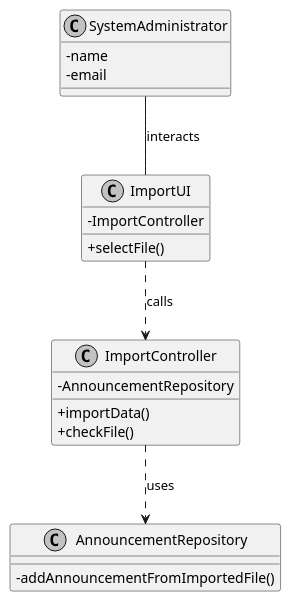
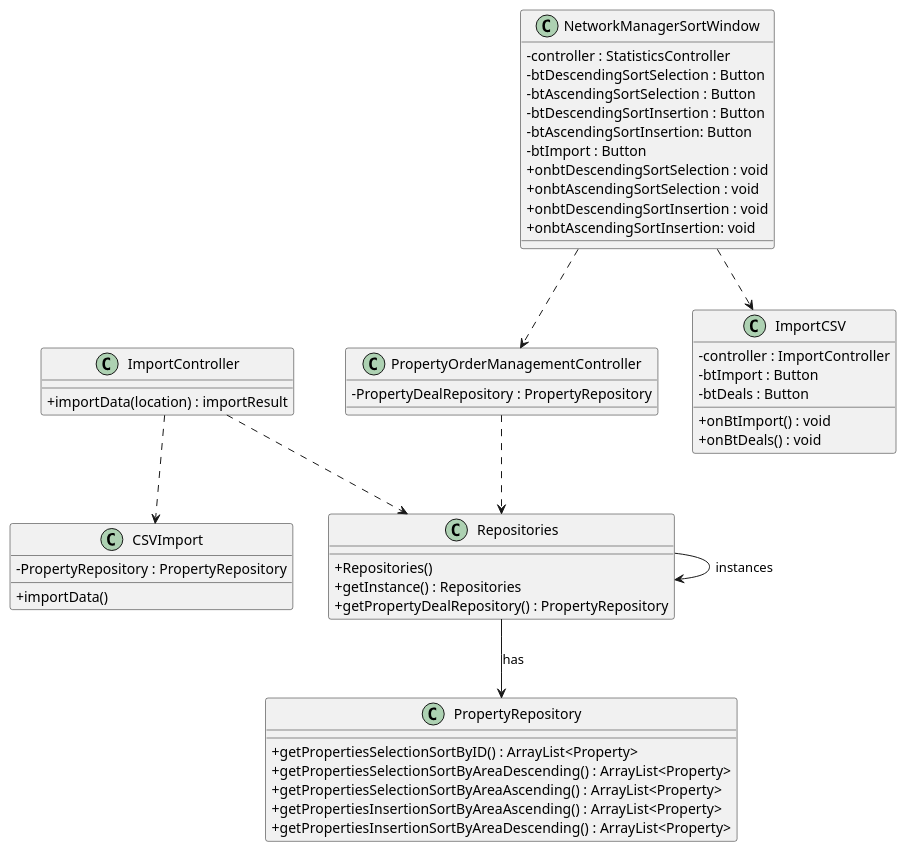
Before and after one commit to Goncalves2525/real-estate-management-system: the diagram in docs/sprintD/us017/03.design/puml/us017-class-diagram.puml, drawn with PlantUML. The commit also changed 4 other files, not shown here.

```diff
--- a/docs/sprintD/us017/03.design/puml/us017-class-diagram.puml
+++ b/docs/sprintD/us017/03.design/puml/us017-class-diagram.puml
@@ -1,43 +1,73 @@
 @startuml
-skinparam monochrome true
 skinparam packageStyle rectangle
 skinparam shadowing false
 skinparam linetype polyline
 skinparam classAttributeIconSize 0
 
-'left to right direction
 
-'class LegacySystem {
-'    + loadData(location) : importResult
-'}
 
-class SystemAdministrator {
-    - name
-    - email
+class ImportController {
+    + importData(location) : importResult
 }
 
-class ImportController {
-    - AnnouncementRepository
-    + importData()
-    + checkFile()
+class PropertyOrderManagementController {
+    -PropertyDealRepository : PropertyRepository
+
 }
 
-class ImportUI {
-    - ImportController
-    + selectFile()
-}
-
-class AnnouncementRepository {
-    - addAnnouncementFromImportedFile()
+class CSVImport{
+    -PropertyRepository : PropertyRepository
+    +importData()
 }
 
 
-ImportUI ..> ImportController : calls
+class Repositories {
+    +Repositories()
+    +getInstance() : Repositories
+    +getPropertyDealRepository() : PropertyRepository
+}
 
-'ImportInformationController --> LegacySystem : uses
+class PropertyRepository{
+    +getPropertiesSelectionSortByID() : ArrayList<Property>
+    +getPropertiesSelectionSortByAreaDescending() : ArrayList<Property>
+    +getPropertiesSelectionSortByAreaAscending() : ArrayList<Property>
+    +getPropertiesInsertionSortByAreaAscending() : ArrayList<Property>
+    +getPropertiesInsertionSortByAreaDescending() : ArrayList<Property>
 
-SystemAdministrator -- ImportUI : interacts
+}
 
-ImportController ..> AnnouncementRepository : uses
+class NetworkManagerSortWindow{
+    -controller : StatisticsController
+    -btDescendingSortSelection : Button
+    -btAscendingSortSelection : Button
+    -btDescendingSortInsertion : Button
+    -btAscendingSortInsertion: Button
+    -btImport : Button
+    +onbtDescendingSortSelection : void
+    +onbtAscendingSortSelection : void
+    +onbtDescendingSortInsertion : void
+    +onbtAscendingSortInsertion: void
+}
+
+
+
+class ImportCSV{
+        -controller : ImportController
+        -btImport : Button
+        -btDeals : Button
+        +onBtImport() : void
+        +onBtDeals() : void
+}
+
+
+NetworkManagerSortWindow ..> ImportCSV
+NetworkManagerSortWindow ..> PropertyOrderManagementController
+PropertyOrderManagementController ..> Repositories
+
+ImportController ..> CSVImport
+ImportController ..> Repositories
+
+Repositories --> Repositories : instances
+Repositories --> PropertyRepository : has
 
 @enduml
```
